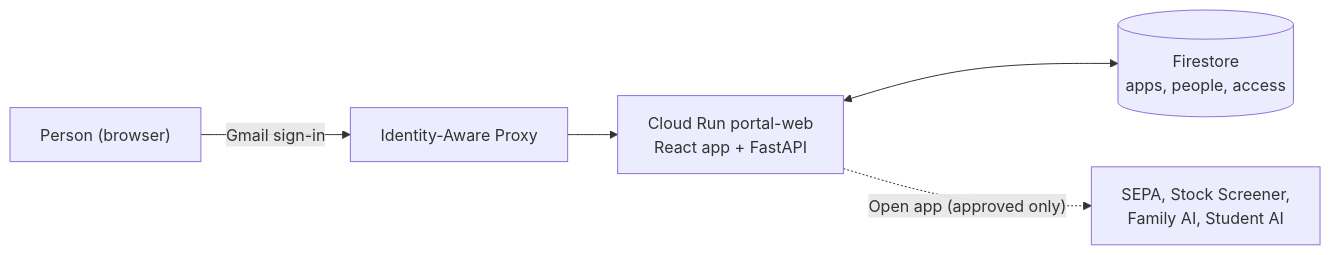
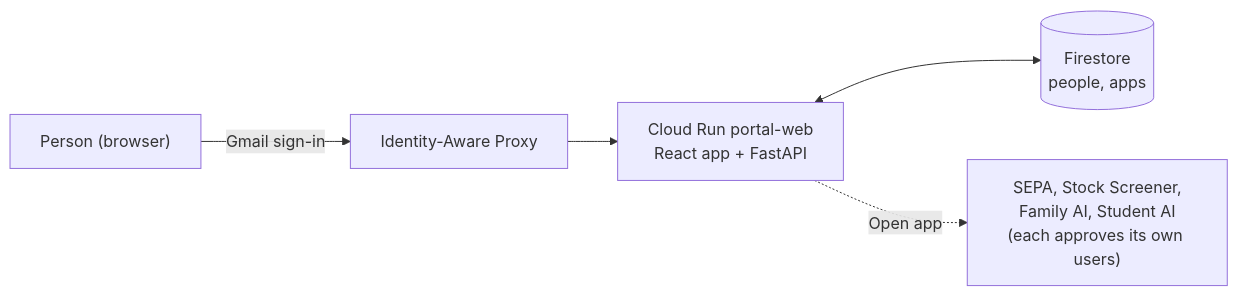
Before and after one commit to vahxa-ai/vahxa-portfolios: the diagram in README.md, drawn with Mermaid. The commit also changed other lines of this file and 10 other files, not shown here.

First line of the commit message:
Make the portal an approved-only entry point; apps approve their own users

````diff
--- a/README.md
+++ b/README.md
@@ -13,7 +13,7 @@
 ```mermaid
 flowchart LR
     you["Person (browser)"] -- "Gmail sign-in" --> iap["Identity-Aware Proxy"]
     iap --> web["Cloud Run portal-web<br/>React app + FastAPI"]
-    web <--> fs[("Firestore<br/>apps, people, access")]
-    web -. "Open app (approved only)" .-> apps["SEPA, Stock Screener,<br/>Family AI, Student AI"]
+    web <--> fs[("Firestore<br/>people, apps")]
+    web -. "Open app" .-> apps["SEPA, Stock Screener,<br/>Family AI, Student AI<br/>(each approves its own users)"]
 ```
````
